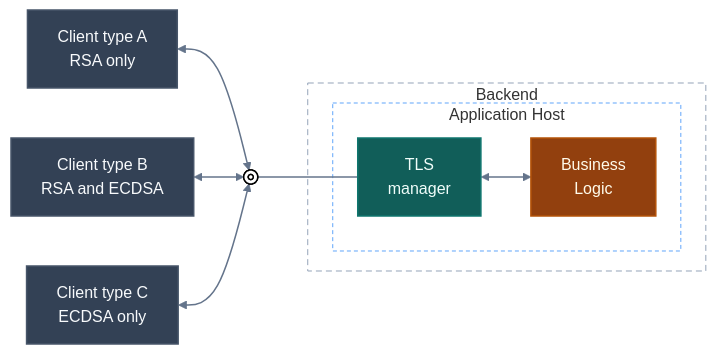
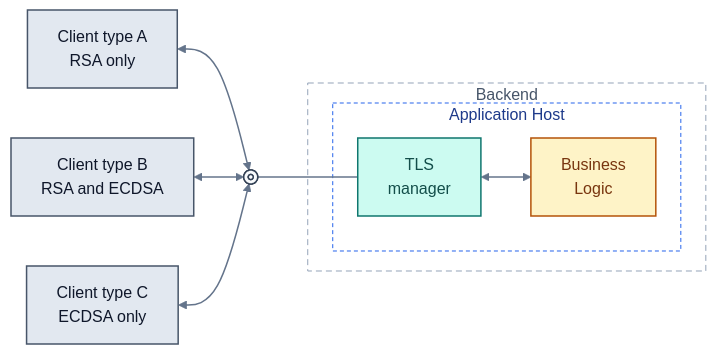
One commit to stas-sultanov/media changed the third of 3 diagrams in articles/kestrel-tls-certificate-selection.md. Above: the diagram before and after it, drawn with Mermaid. The commit also changed other lines of this file, not shown here.

````diff
--- a/articles/kestrel-tls-certificate-selection.md
+++ b/articles/kestrel-tls-certificate-selection.md
@@ -148,38 +154,38 @@
 ```mermaid
 flowchart LR
 %% nodes
 	businessLogic["Business<br>Logic"]
 	backend_endpoint["Backend Endpoint"]
 	client_type_a["Client type A<br>RSA only"]
 	client_type_b["Client type B<br>RSA and ECDSA"]
 	client_type_c["Client type C<br>ECDSA only"]
 	tlsManager["TLS<br>manager"]
 %% groups
 	subgraph backend["Backend"]
 		subgraph applicationHost["Application Host"]
 			tlsManager
 			businessLogic
 		end
 	end
 %% relations
 	client_type_a <--> backend_endpoint
 	client_type_b <--> backend_endpoint
 	client_type_c <--> backend_endpoint
 	backend_endpoint --- tlsManager
 	tlsManager <--> businessLogic
 %% styles
 	backend_endpoint@{ shape: fr-circ}
 	backend_endpoint:::Endpoint
 	tlsManager:::Tls
 	businessLogic:::Application
 	client_type_a:::Client
 	client_type_b:::Client
 	client_type_c:::Client
-	classDef Client stroke-width:1.5px,stroke-dasharray:none,stroke:#475569,fill:#334155,color:#F8FAFC
-	classDef Tls stroke-width:1.5px,stroke-dasharray:none,stroke:#0F766E,fill:#115E59,color:#F0FDFA
-	classDef Application stroke-width:1.5px,stroke-dasharray:none,stroke:#B45309,fill:#92400E,color:#FFFBEB
-	classDef Endpoint stroke-width:1.5px,stroke-dasharray:none,stroke:#000000,fill:#FFFFFF
-	style backend fill:transparent,stroke:#94A3B8,stroke-width:1px,stroke-dasharray:6 4
-	style applicationHost fill:transparent,stroke:#60A5FA,stroke-width:1px,stroke-dasharray:4 3
+	classDef Client stroke-width:1.5px,stroke-dasharray:none,stroke:#475569,fill:#E2E8F0,color:#0F172A
+	classDef Tls stroke-width:1.5px,stroke-dasharray:none,stroke:#0F766E,fill:#CCFBF1,color:#134E4A
+	classDef Application stroke-width:1.5px,stroke-dasharray:none,stroke:#B45309,fill:#FEF3C7,color:#78350F
+	classDef Endpoint stroke-width:1.5px,stroke-dasharray:none,stroke:#334155,fill:#F8FAFC,color:#0F172A
+	style backend fill:transparent,stroke:#94A3B8,stroke-width:1px,stroke-dasharray:6 4,color:#475569
+	style applicationHost fill:transparent,stroke:#2563EB,stroke-width:1px,stroke-dasharray:4 3,color:#1E3A8A
 	linkStyle default stroke:#64748B,stroke-width:1.5px
 ```
````
